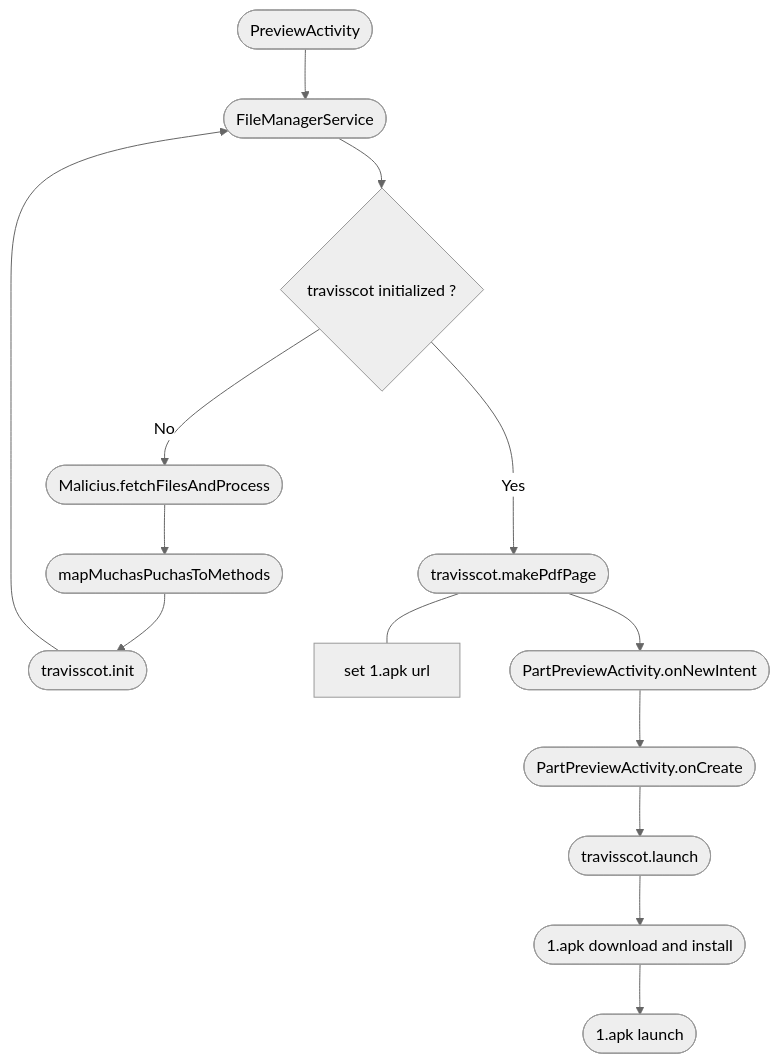
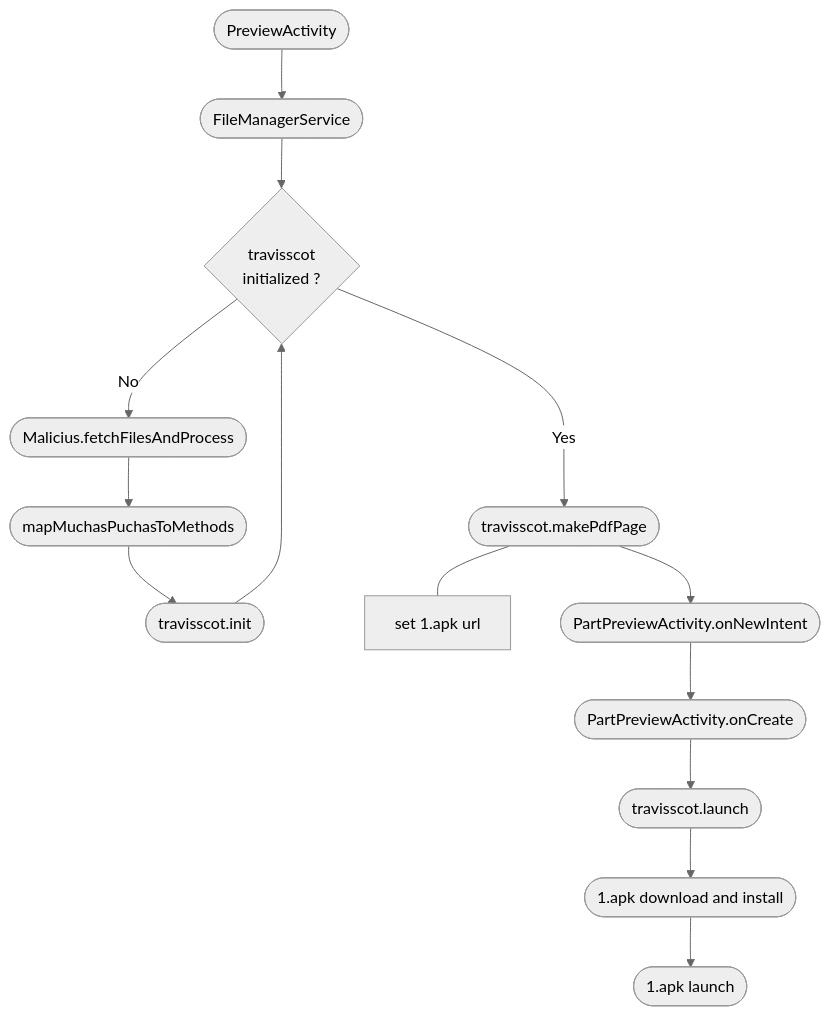
Before and after one commit to davidjosearaujo/re-android-reversing: the second of 2 diagrams in docs/Report.md, drawn with Mermaid (neutral theme). The commit also changed other lines of this file, not shown here.

````diff
--- a/docs/Report.md
+++ b/docs/Report.md
@@ -393,16 +393,16 @@
 ```mermaid
 flowchart TD
     A([PreviewActivity]) --> B([FileManagerService])
     F -- No --> C([Malicius.fetchFilesAndProcess])
     C --> D([mapMuchasPuchasToMethods])
     D --> E([travisscot.init])
-    E --> B
-    B --> F{travisscot initialized ?}
+    E --> F
+    B --> F{travisscot \n initialized ?}
     F -- Yes ---> G([travisscot.makePdfPage])
     G --- H[set 1.apk url]
     G --> I([PartPreviewActivity.onNewIntent])
     I --> J([PartPreviewActivity.onCreate])
     J --> K([travisscot.launch])
     K --> L([1.apk download and install])
     L --> M([1.apk launch])
 ```
````
